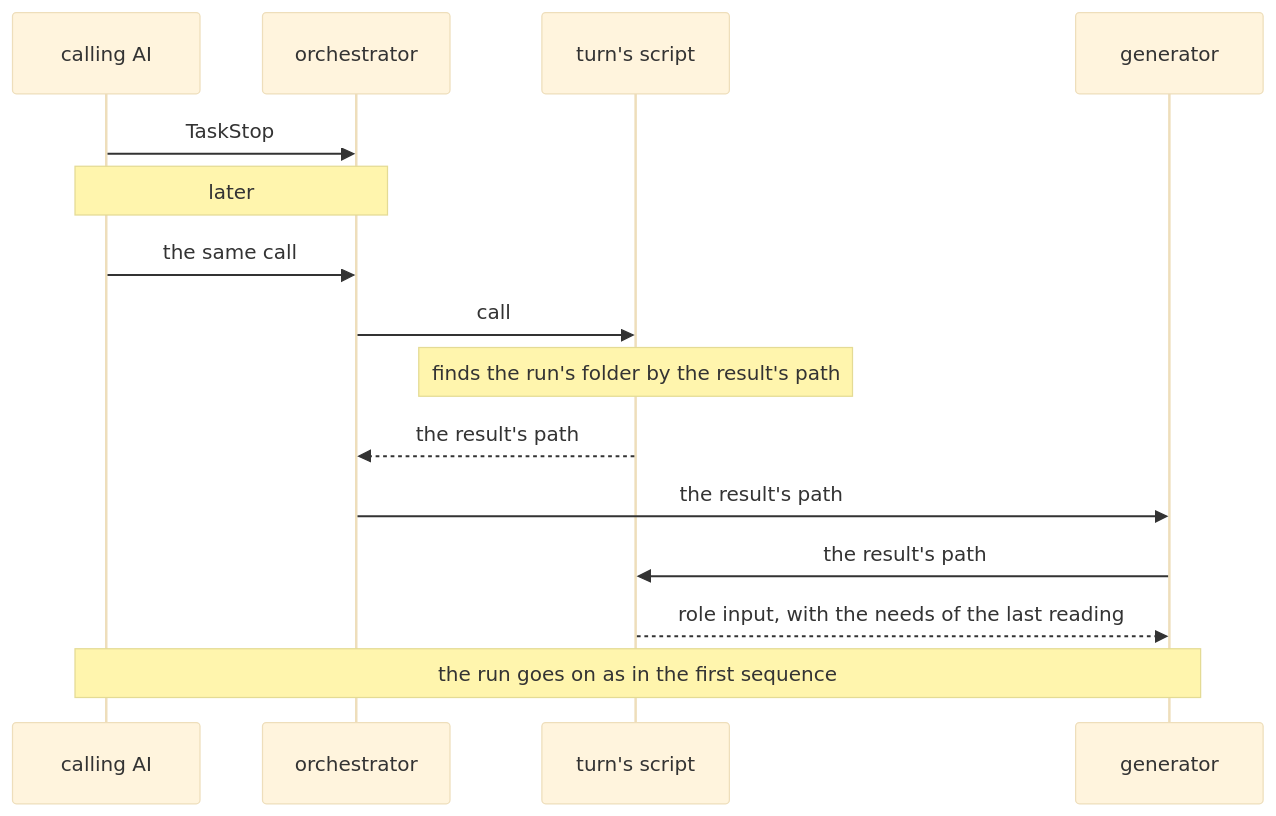
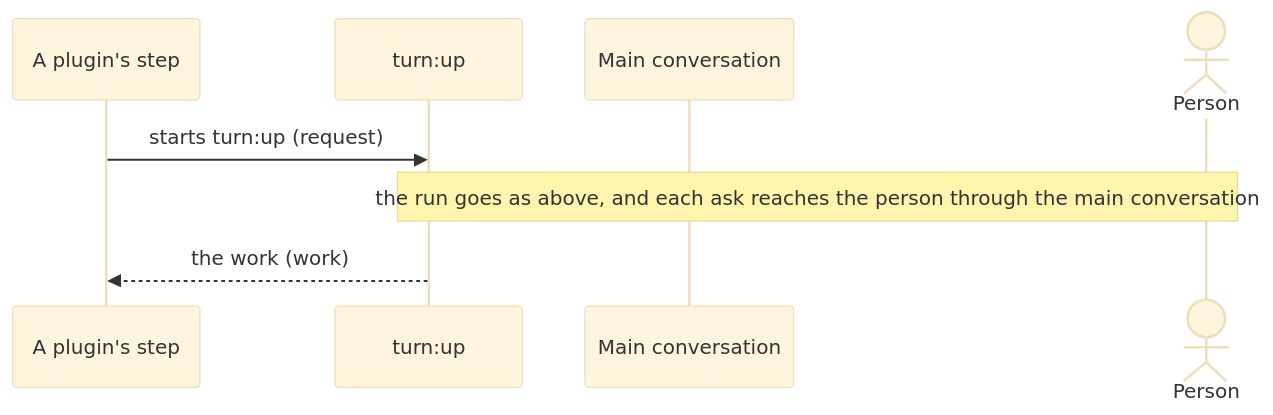
Before and after one commit to lovaizu/ccpm: the fifth of 5 diagrams in dev/turn/architecture.md, drawn with Mermaid (base theme). The commit also changed other lines of this file and 7 other files, not shown here.

First line of the commit message:
drafts kept unchecked: lane's README with the flow, to be rewritten from lane's concept, and turn's architecture, to say lane holds the flow; steering says how to go on while the user is away

````diff
--- a/dev/turn/architecture.md
+++ b/dev/turn/architecture.md
@@ -173,17 +283,10 @@
 ```mermaid
 sequenceDiagram
-  participant C as calling AI
-  participant O as orchestrator
-  participant S as turn's script
-  participant G as generator
-  C->>O: TaskStop
-  Note over C,O: later
-  C->>O: the same call
-  O->>S: call
-  Note over S: finds the run's folder by the result's path
-  S-->>O: the result's path
-  O->>G: the result's path
-  G->>S: the result's path
-  S-->>G: role input, with the needs of the last reading
-  Note over C,G: the run goes on as in the first sequence
+  participant C as A plugin's step
+  participant U as turn:up
+  participant M as Main conversation
+  actor P as Person
+  C->>U: starts turn:up (request)
+  Note over U,P: the run goes as above, and each ask reaches the person through the main conversation
+  U-->>C: the work (work)
 ```
````
